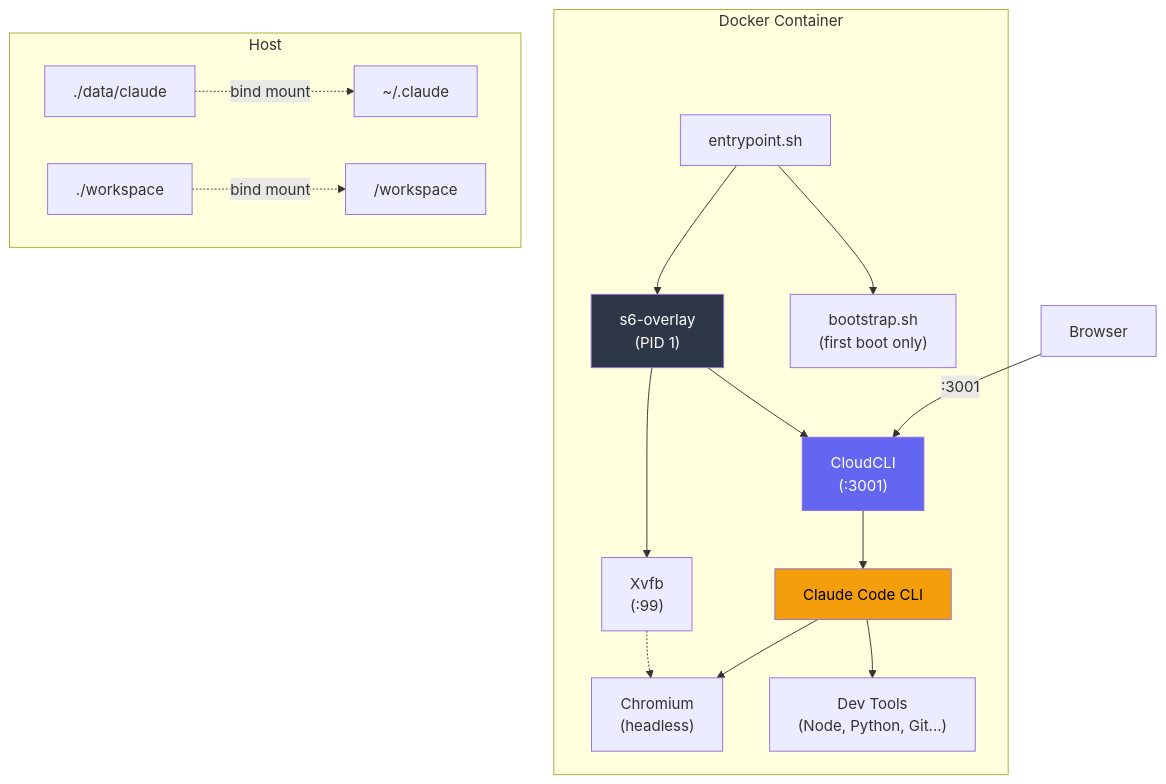
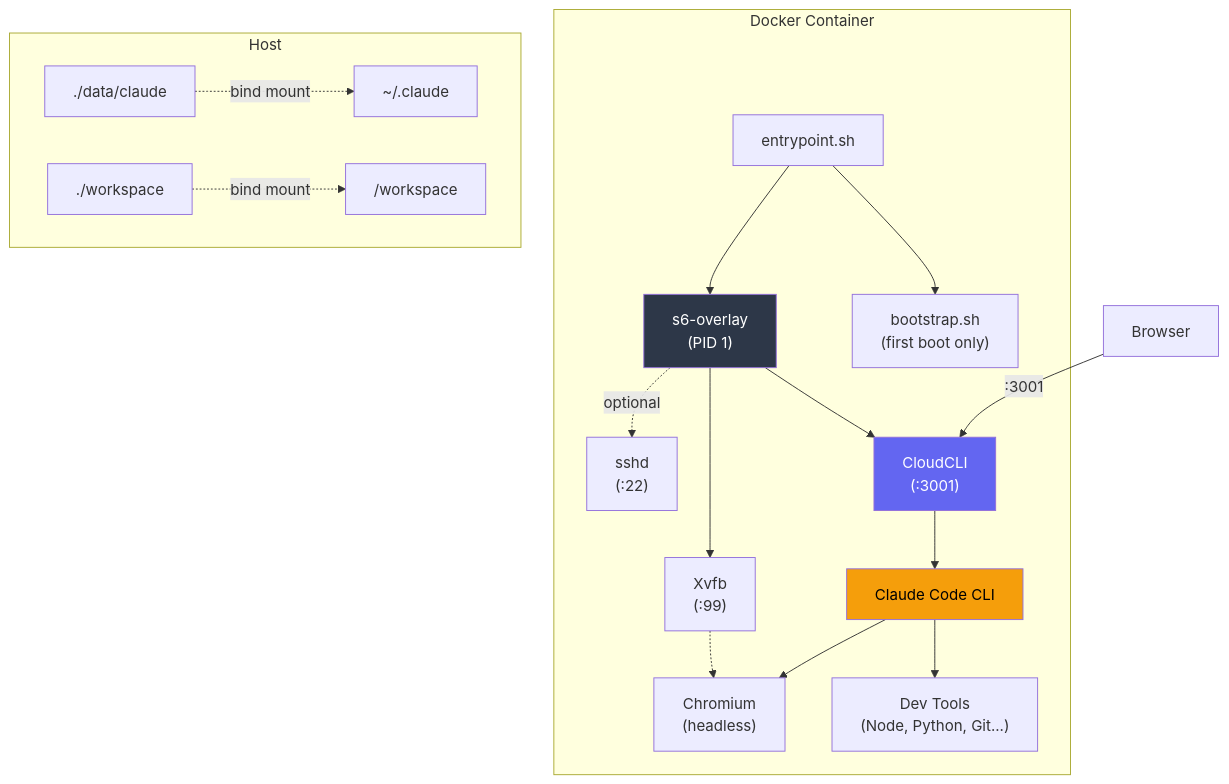
The diagram in README.md (ascdso2020/ascllc-iss-OGAI), drawn with Mermaid before and after one commit. The commit also changed other lines of this file and 29 other files, not shown here.

````diff
--- a/README.md
+++ b/README.md
@@ -724,24 +751,25 @@
 ```mermaid
 graph TB
     subgraph Docker Container
         EP["entrypoint.sh"] --> BS["bootstrap.sh\n(first boot only)"]
         EP --> S6["s6-overlay\n(PID 1)"]
         S6 --> CC["CloudCLI\n(:3001)"]
         S6 --> XV["Xvfb\n(:99)"]
+        S6 -. optional .-> SSH["sshd\n(:22)"]
         CC --> CLAUDE["Claude Code CLI"]
         CLAUDE --> TOOLS["Dev Tools\n(Node, Python, Git...)"]
         CLAUDE --> CHROME["Chromium\n(headless)"]
         XV -.-> CHROME
     end
 
     subgraph Host
         DATA["./data/claude"] -.->|bind mount| HOME["~/.claude"]
         WS["./workspace"] -.->|bind mount| WORK["/workspace"]
     end
 
     USER["Browser"] -->|":3001"| CC
 
     style S6 fill:#2d3748,color:#fff
     style CC fill:#6366f1,color:#fff
     style CLAUDE fill:#f59e0b,color:#000
 ```
````
